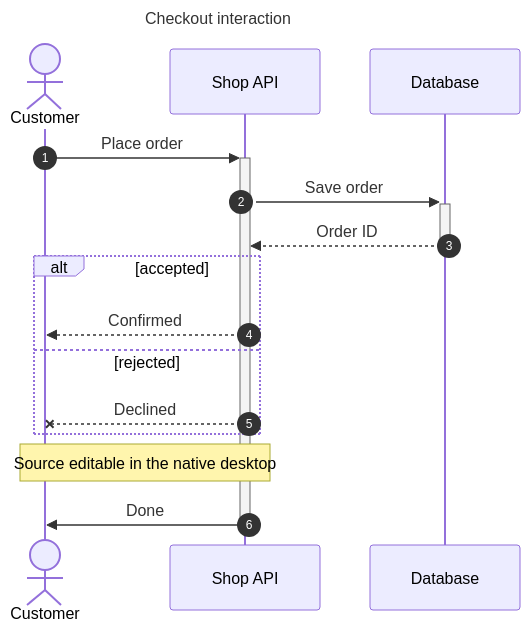
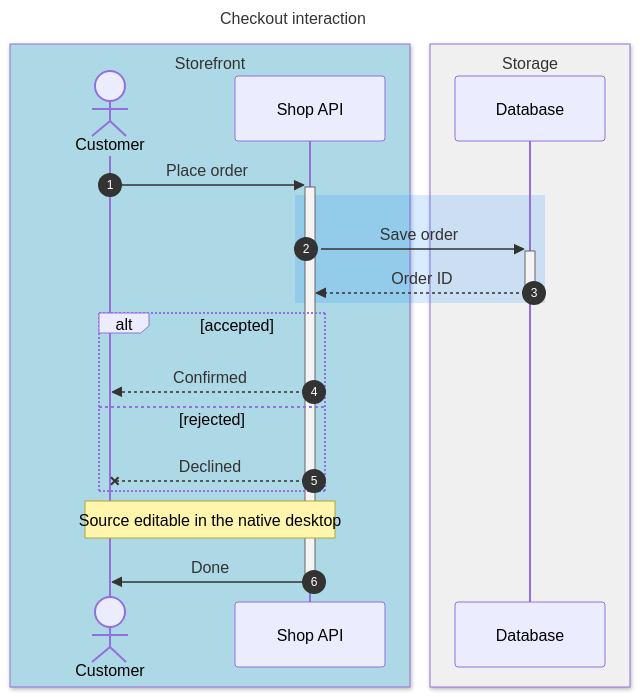
The diagram in examples/mermaid/sequence.mmd (reardan/w), drawn with Mermaid before and after one commit. The commit also changed 17 other files, not shown here.

First line of the commit message:
Add Mermaid class generics lists, state regions, mindmap shapes and sequence boxes

```diff
--- a/examples/mermaid/sequence.mmd
+++ b/examples/mermaid/sequence.mmd
@@ -1,16 +1,22 @@
 sequenceDiagram
 title Checkout interaction
 autonumber
+box lightblue Storefront
 actor Customer
 participant API as Shop API
+end
+box rgb(240, 240, 240) Storage
 participant DB as Database
+end
 Customer->>+API: Place order
+rect rgba(0, 128, 255, 0.15)
 API->>+DB: Save order
 DB-->>-API: Order ID
+end
 alt accepted
 API-->>Customer: Confirmed
 else rejected
 API--xCustomer: Declined
 end
 Note over Customer,API: Source editable in the native desktop
 API->>-Customer: Done
```
